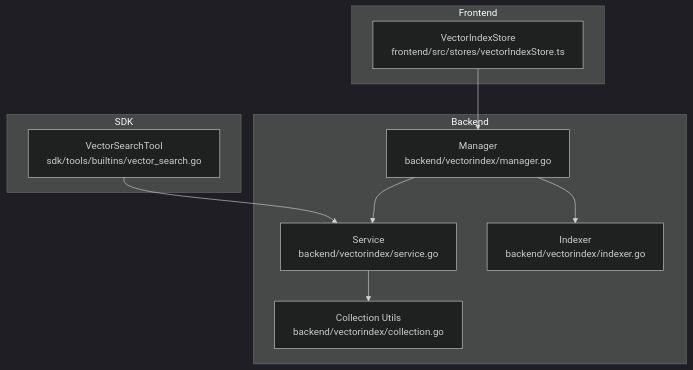
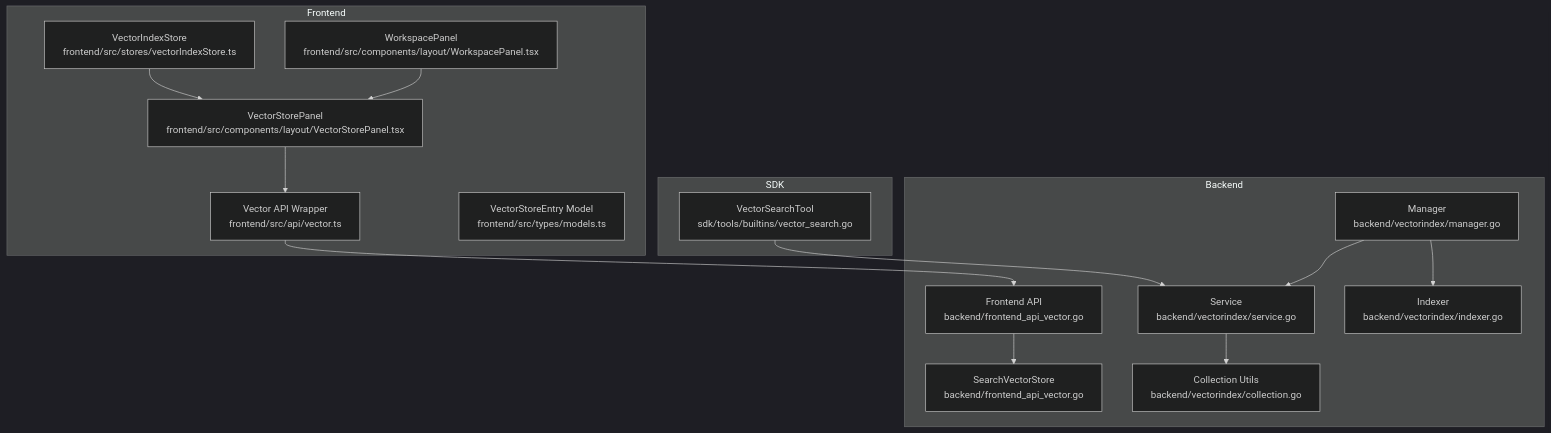
One commit to v0lka/c0wrk changed the first of 7 diagrams in .qoder/repowiki/en/content/API Reference/Vector Search API.md. Above: the diagram before and after it, drawn with Mermaid (dark theme). The commit also changed other lines of this file and 8 other files, not shown here.

````diff
--- a/.qoder/repowiki/en/content/API Reference/Vector Search API.md
+++ b/.qoder/repowiki/en/content/API Reference/Vector Search API.md
@@ -37,20 +52,30 @@
 ```mermaid
 graph TB
 subgraph "Backend"
 MGR["Manager<br/>backend/vectorindex/manager.go"]
 SVC["Service<br/>backend/vectorindex/service.go"]
 IDX["Indexer<br/>backend/vectorindex/indexer.go"]
 COL["Collection Utils<br/>backend/vectorindex/collection.go"]
+API["Frontend API<br/>backend/frontend_api_vector.go"]
+ENDPOINT["SearchVectorStore<br/>backend/frontend_api_vector.go"]
 end
 subgraph "SDK"
 TOOL["VectorSearchTool<br/>sdk/tools/builtins/vector_search.go"]
 end
 subgraph "Frontend"
 STORE["VectorIndexStore<br/>frontend/src/stores/vectorIndexStore.ts"]
+PANEL["VectorStorePanel<br/>frontend/src/components/layout/VectorStorePanel.tsx"]
+WORKSPACE["WorkspacePanel<br/>frontend/src/components/layout/WorkspacePanel.tsx"]
+APIWRAPPER["Vector API Wrapper<br/>frontend/src/api/vector.ts"]
+MODELS["VectorStoreEntry Model<br/>frontend/src/types/models.ts"]
 end
 MGR --> SVC
 MGR --> IDX
 SVC --> COL
+API --> ENDPOINT
 TOOL --> SVC
-STORE --> MGR
+STORE --> PANEL
+PANEL --> APIWRAPPER
+APIWRAPPER --> API
+WORKSPACE --> PANEL
 ```
````
